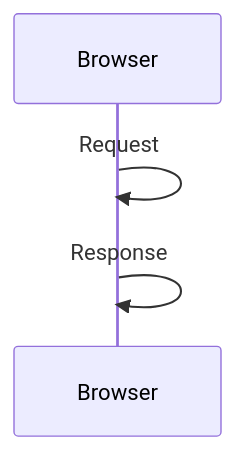
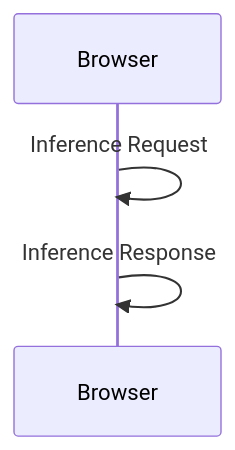
One commit to monarchwadia/blog-monarchwadia.com changed the second of 2 diagrams in _posts/2024-02-23-running-llms-in-the-browser.md. Above: the diagram before and after it, drawn with Mermaid. The commit also changed other lines of this file, not shown here.

Commit message:
Updated mermaid

````diff
--- a/_posts/2024-02-23-running-llms-in-the-browser.md
+++ b/_posts/2024-02-23-running-llms-in-the-browser.md
@@ -30,5 +30,5 @@
 ```mermaid
 sequenceDiagram
-    Browser->>Browser: Request
-    Browser->>Browser: Response
+    Browser->>Browser: Inference Request
+    Browser->>Browser: Inference Response
 ```
````
